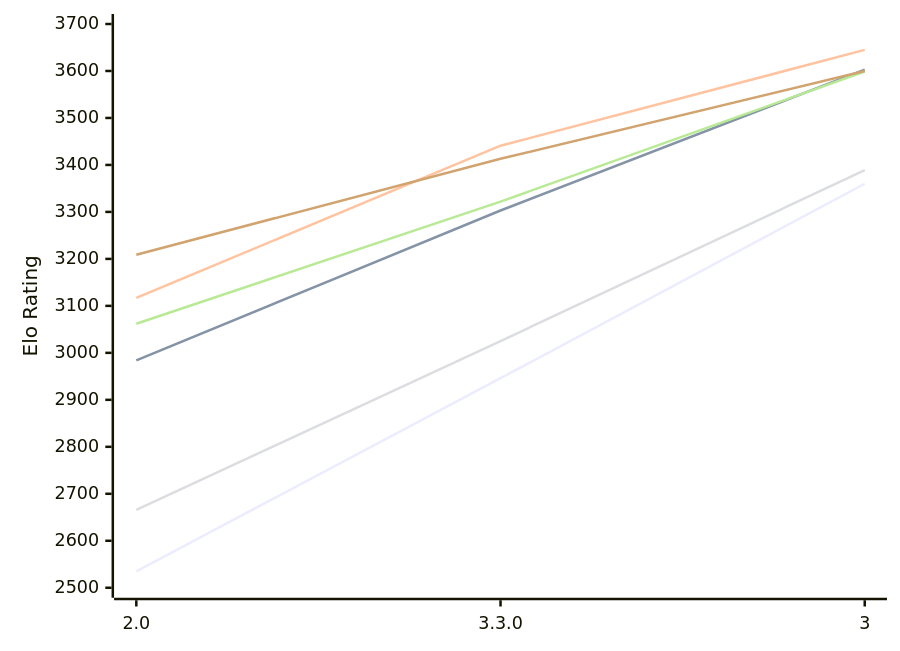
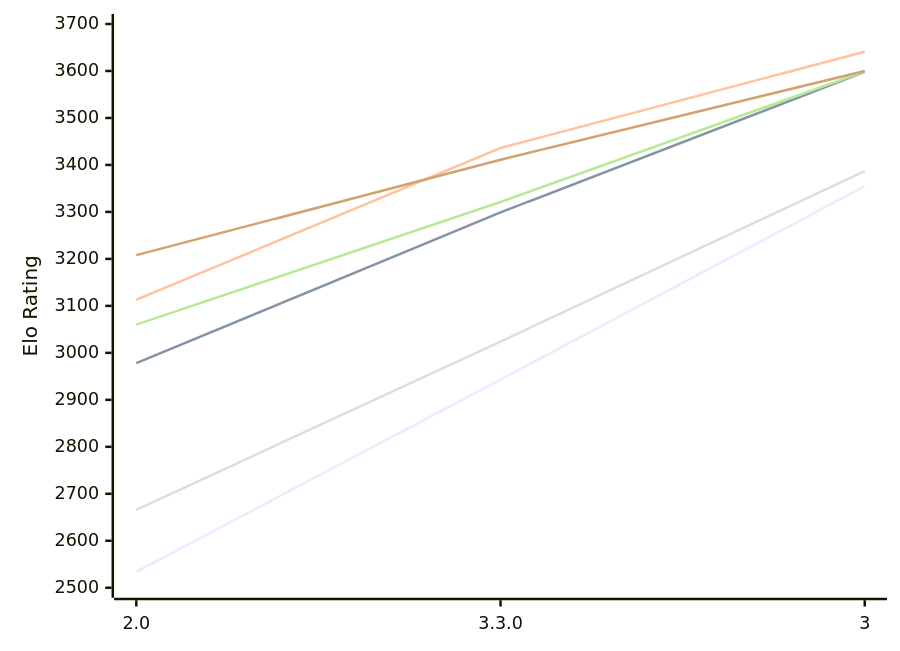
The diagram in engines/Ravager.md (computer-chess-index/cci), drawn with Mermaid before and after one commit. The commit also changed other lines of this file, not shown here.

Commit message:
Update CCI Ratings (ELO VLTC) - 2026-11-26

````diff
--- a/engines/Ravager.md
+++ b/engines/Ravager.md
@@ -51,12 +51,12 @@
 ```mermaid
 %%{init: {"theme":"base","themeVariables":{"seriesColors:['#a3a3a3','#222221','#faa371']}}}%%
 xychart-beta
   x-axis ["2.0", "3.3.0", "3"]
   y-axis "Elo Rating" 2500 --> 3700
-  line "E1: STC (8.0+0.08s)" [2535, 2946, 3360]
-  line "E1: LTC (60.0+0.60s)" [2984, 3303, 3603]
-  line "E1: VLTC (2m24s+1.12s)" [3117, 3441, 3645]
-  line "P1: STC (8.0+0.08s)" [2666, 3025, 3389]
-  line "P1: LTC (60.0+0.60s)" [3062, 3322, 3599]
-  line "P1: VLTC (2m24s+1.12s)" [3209, 3413, 3600]
+  line "E1: STC (8.0+0.08s)" [2534, 2943, 3355]
+  line "E1: LTC (60.0+0.60s)" [2978, 3299, 3598]
+  line "E1: VLTC (2m24s+1.12s)" [3113, 3436, 3641]
+  line "P1: STC (8.0+0.08s)" [2666, 3024, 3387]
+  line "P1: LTC (60.0+0.60s)" [3060, 3321, 3599]
+  line "P1: VLTC (2m24s+1.12s)" [3208, 3411, 3600]
 ```
````
